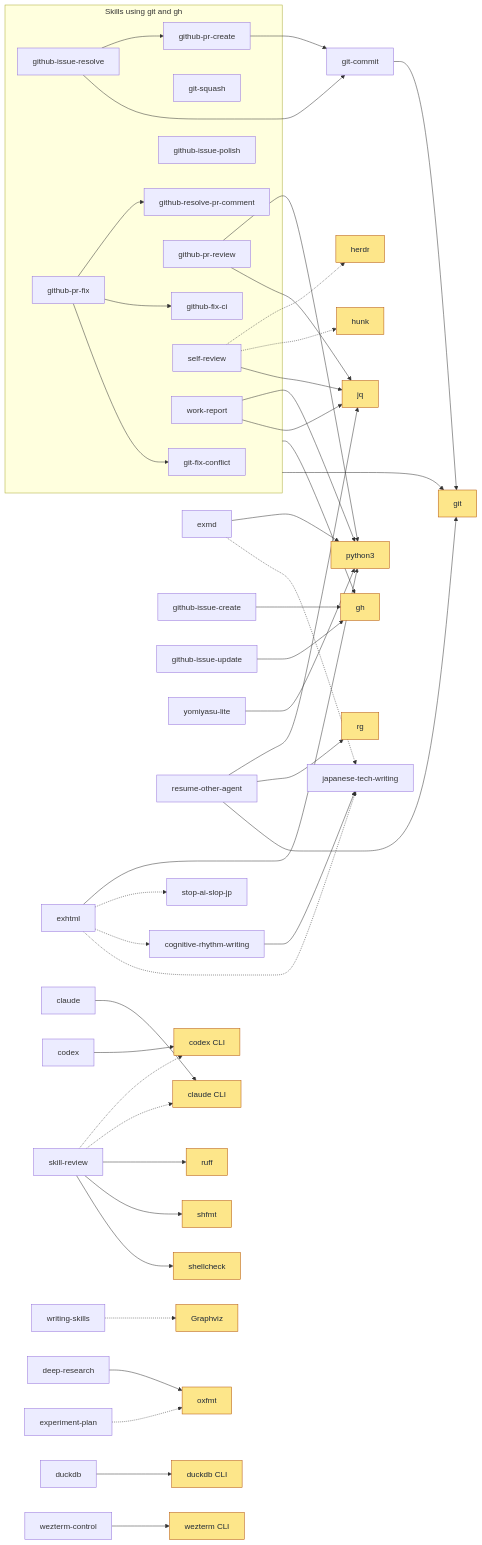
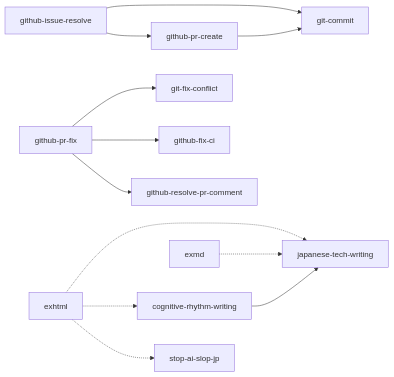
One commit to mjun0812/skills changed the diagram in README.md. Above: the diagram before and after it, drawn with Mermaid. The commit also changed other lines of this file and 1 other file, not shown here.

Commit message:
docs: list external tools in a table instead of the graph
- Keep only skill-to-skill calls in the dependency graph
- List required and optional external tools per skill in a table

````diff
--- a/README.md
+++ b/README.md
@@ -102,59 +102,9 @@
 ```mermaid
 flowchart LR
-    classDef tool fill:#fde68a,stroke:#b45309,color:#1f2937
-
-    subgraph uses_git_gh [Skills using git and gh]
-        git-fix-conflict
-        git-squash
-        github-fix-ci
-        github-issue-polish
-        github-issue-resolve
-        github-pr-create
-        github-pr-fix
-        github-pr-review
-        github-resolve-pr-comment
-        self-review
-        work-report
-    end
-    uses_git_gh --> t_git & t_gh
-
     github-issue-resolve --> git-commit & github-pr-create
     github-pr-create --> git-commit
     github-pr-fix --> git-fix-conflict & github-fix-ci & github-resolve-pr-comment
     cognitive-rhythm-writing --> japanese-tech-writing
     exhtml -.-> japanese-tech-writing & cognitive-rhythm-writing & stop-ai-slop-jp
     exmd -.-> japanese-tech-writing
-
-    git-commit --> t_git
-    github-issue-create & github-issue-update --> t_gh
-    github-pr-review & work-report & self-review --> t_jq
-    github-pr-review & work-report & exhtml & exmd & yomiyasu-lite --> t_python
-    self-review -.-> t_hunk & t_herdr
-    resume-other-agent --> t_git & t_rg & t_jq
-    claude --> t_claude
-    codex --> t_codex
-    skill-review --> t_shellcheck & t_shfmt & t_ruff
-    skill-review -.-> t_claude & t_codex
-    writing-skills -.-> t_graphviz
-    deep-research --> t_oxfmt
-    experiment-plan -.-> t_oxfmt
-    duckdb --> t_duckdb
-    wezterm-control --> t_wezterm
-
-    t_git[git]:::tool
-    t_gh[gh]:::tool
-    t_jq[jq]:::tool
-    t_python[python3]:::tool
-    t_rg[rg]:::tool
-    t_hunk[hunk]:::tool
-    t_herdr[herdr]:::tool
-    t_claude[claude CLI]:::tool
-    t_codex[codex CLI]:::tool
-    t_shellcheck[shellcheck]:::tool
-    t_shfmt[shfmt]:::tool
-    t_ruff[ruff]:::tool
-    t_graphviz[Graphviz]:::tool
-    t_oxfmt[oxfmt]:::tool
-    t_duckdb[duckdb CLI]:::tool
-    t_wezterm[wezterm CLI]:::tool
 ```
````
